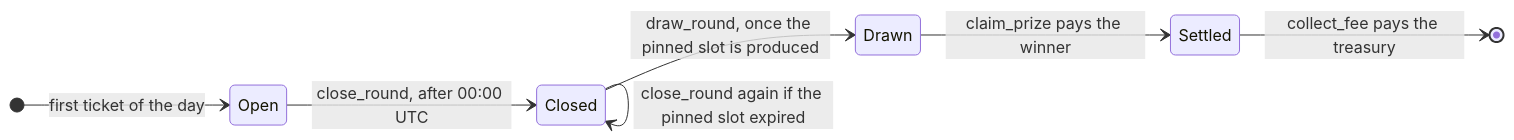
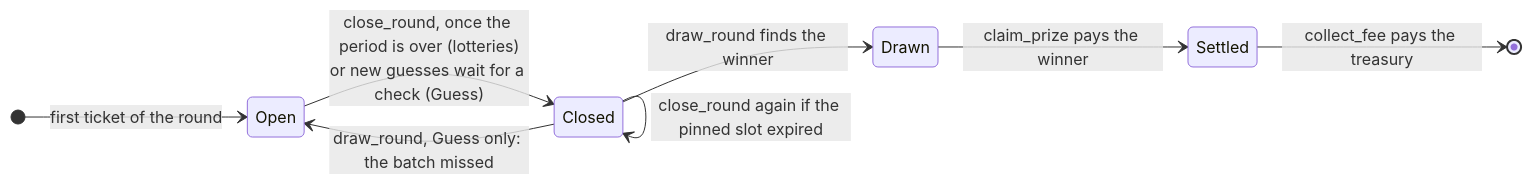
One commit to nexow-ai/solucky changed the diagram in README.md. Above: the diagram before and after it, drawn with Mermaid. The commit also changed other lines of this file and 3 other files, not shown here.

````diff
--- a/README.md
+++ b/README.md
@@ -26,10 +34,11 @@
 ```mermaid
 stateDiagram-v2
     direction LR
-    [*] --> Open: first ticket of the day
-    Open --> Closed: close_round, after 00:00 UTC
-    Closed --> Drawn: draw_round, once the pinned slot is produced
+    [*] --> Open: first ticket of the round
+    Open --> Closed: close_round, once the period is over (lotteries)<br/>or new guesses wait for a check (Guess)
+    Closed --> Drawn: draw_round finds the winner
+    Closed --> Open: draw_round, Guess only: the batch missed
     Closed --> Closed: close_round again if the pinned slot expired
     Drawn --> Settled: claim_prize pays the winner
     Settled --> [*]: collect_fee pays the treasury
 ```
````
